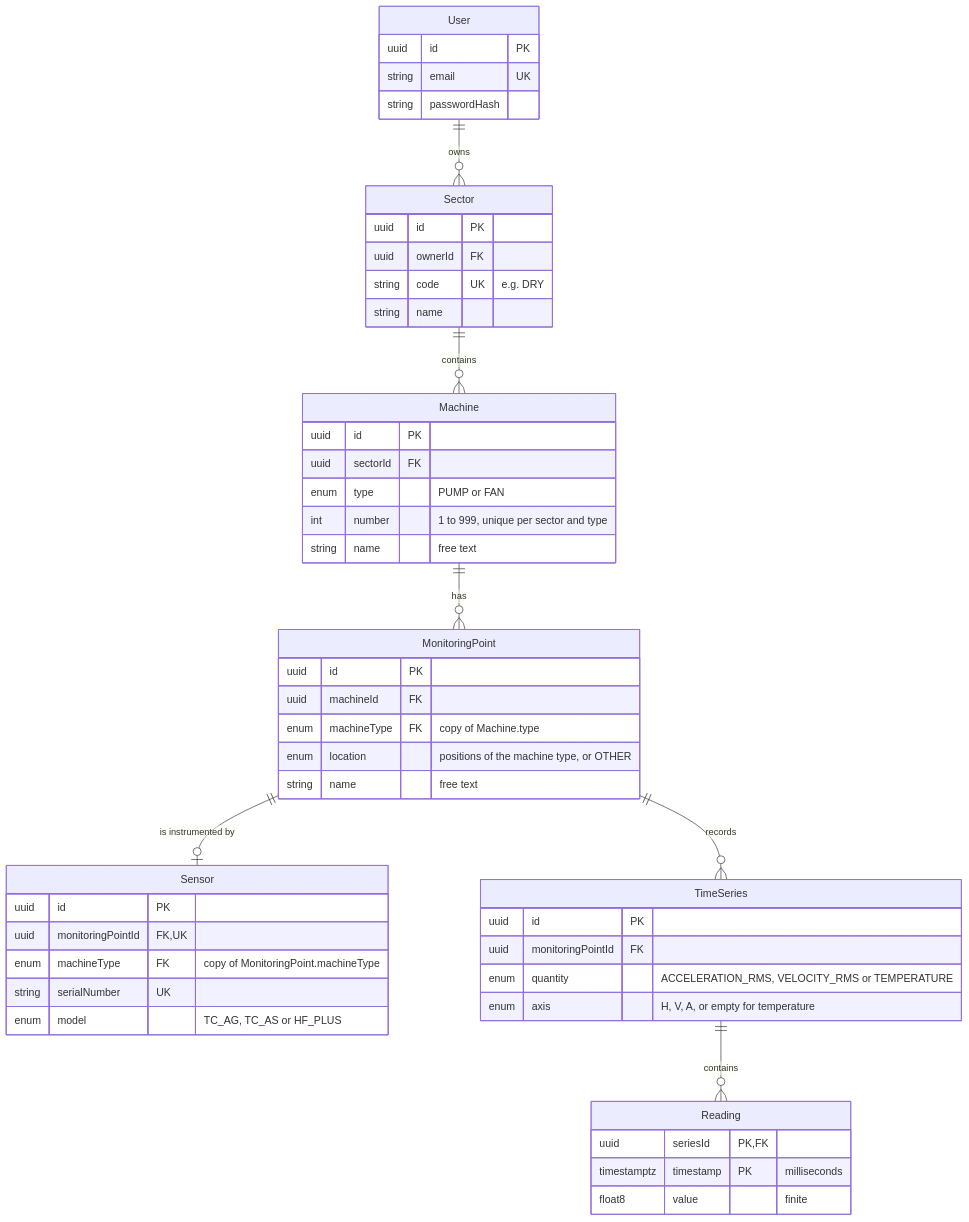
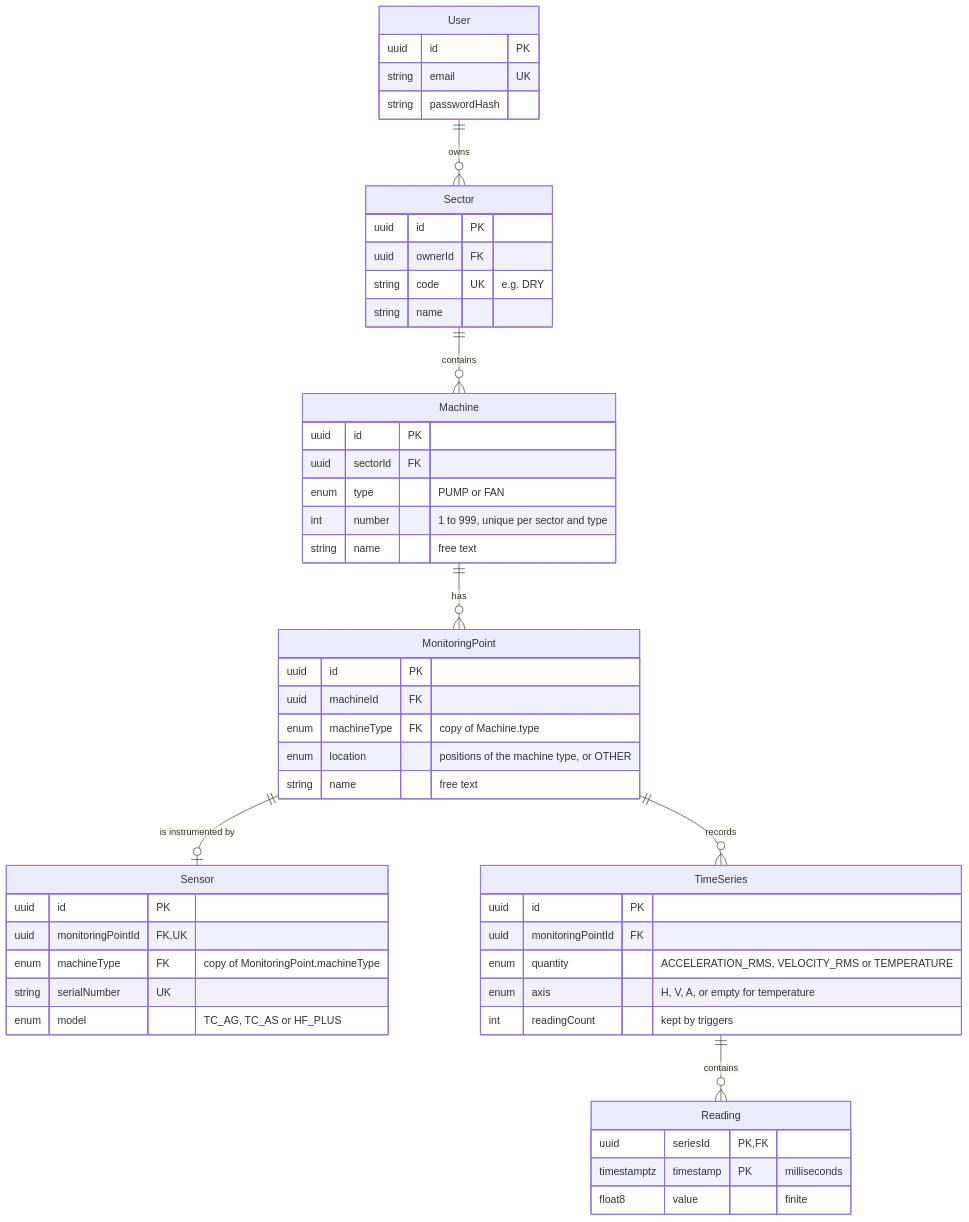
The diagram in condition-monitor/docs/domain-model.md (ellisonwilamil/developer-challenges), drawn with Mermaid before and after one commit. The commit also changed other lines of this file and 6 other files, not shown here.

````diff
--- a/condition-monitor/docs/domain-model.md
+++ b/condition-monitor/docs/domain-model.md
@@ -25,53 +25,54 @@
 ```mermaid
 erDiagram
     User ||--o{ Sector : owns
     Sector ||--o{ Machine : contains
     Machine ||--o{ MonitoringPoint : has
     MonitoringPoint ||--o| Sensor : "is instrumented by"
     MonitoringPoint ||--o{ TimeSeries : records
     TimeSeries ||--o{ Reading : contains
 
     User {
         uuid id PK
         string email UK
         string passwordHash
     }
     Sector {
         uuid id PK
         uuid ownerId FK
         string code UK "e.g. DRY"
         string name
     }
     Machine {
         uuid id PK
         uuid sectorId FK
         enum type "PUMP or FAN"
         int number "1 to 999, unique per sector and type"
         string name "free text"
     }
     MonitoringPoint {
         uuid id PK
         uuid machineId FK
         enum machineType FK "copy of Machine.type"
         enum location "positions of the machine type, or OTHER"
         string name "free text"
     }
     Sensor {
         uuid id PK
         uuid monitoringPointId FK,UK
         enum machineType FK "copy of MonitoringPoint.machineType"
         string serialNumber UK
         enum model "TC_AG, TC_AS or HF_PLUS"
     }
     TimeSeries {
         uuid id PK
         uuid monitoringPointId FK
         enum quantity "ACCELERATION_RMS, VELOCITY_RMS or TEMPERATURE"
         enum axis "H, V, A, or empty for temperature"
+        int readingCount "kept by triggers"
     }
     Reading {
         uuid seriesId PK,FK
         timestamptz timestamp PK "milliseconds"
         float8 value "finite"
     }
 ```
````
